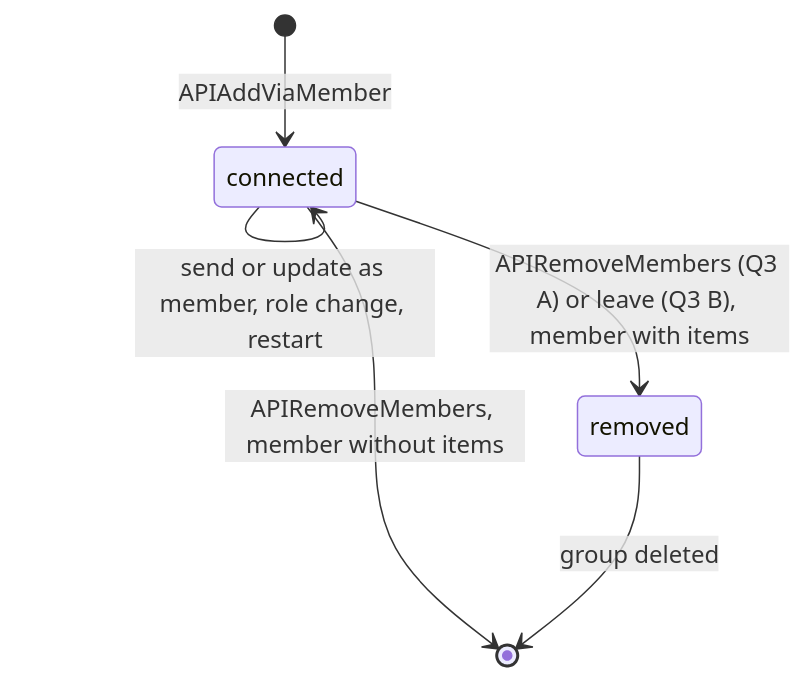
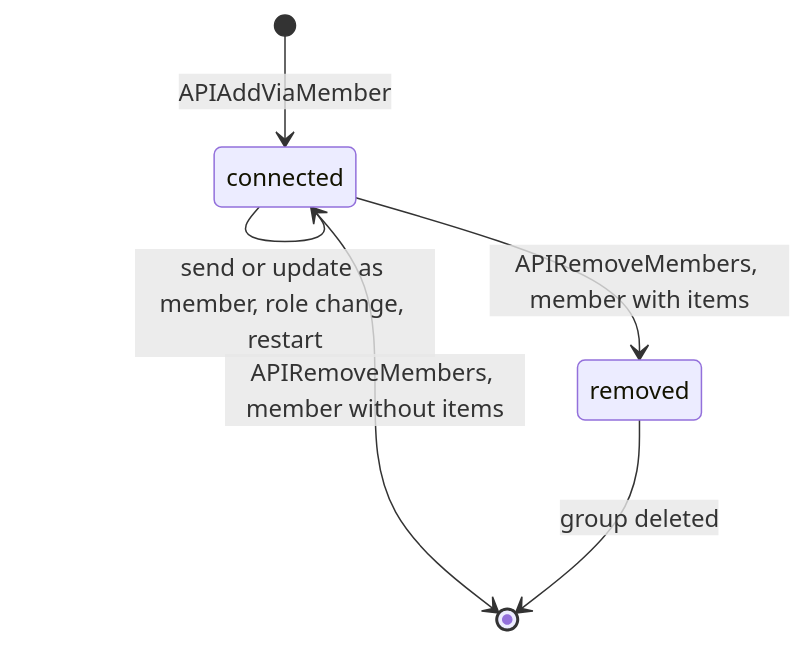
Before and after one commit to simplex-chat/simplex-chat: the third of 4 diagrams in plans/2026-11-22-members-via.md, drawn with Mermaid. The commit also changed other lines of this file, not shown here.

````diff
--- a/plans/2026-11-22-members-via.md
+++ b/plans/2026-11-22-members-via.md
@@ -250,8 +290,8 @@
 ```mermaid
 stateDiagram-v2
   [*] --> connected: APIAddViaMember
   connected --> connected: send or update as member, role change, restart
-  connected --> removed: APIRemoveMembers (Q3 A) or leave (Q3 B), member with items
+  connected --> removed: APIRemoveMembers, member with items
   connected --> [*]: APIRemoveMembers, member without items
   removed --> [*]: group deleted
 ```
````
